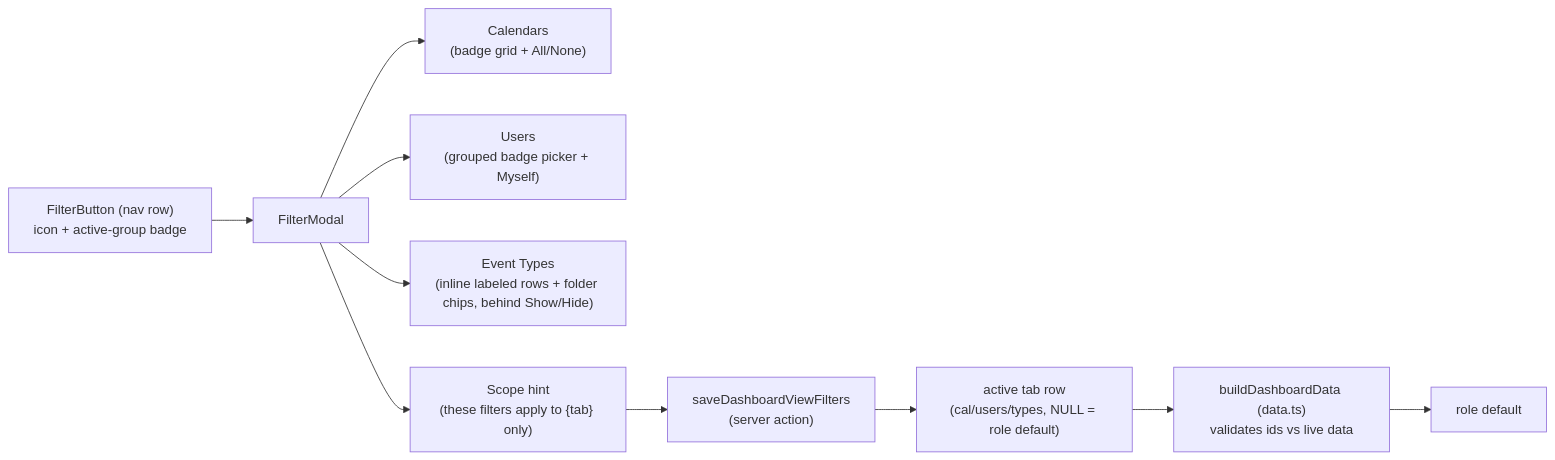
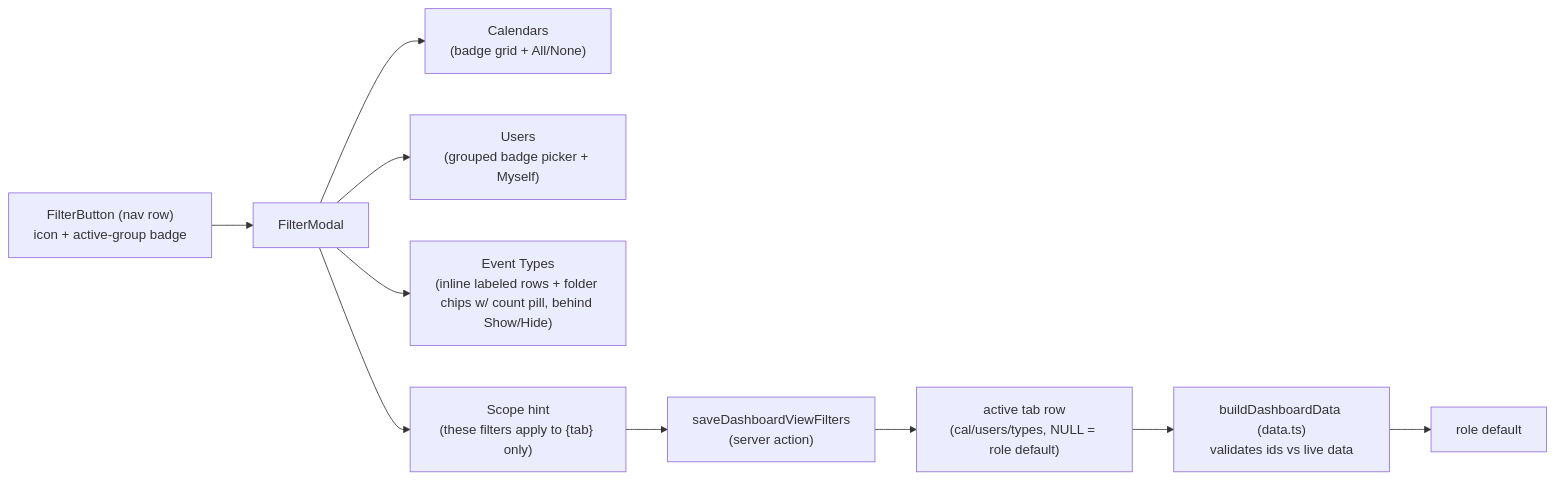
The second of 9 diagrams in docs/dashboard-views.md (oncloudnintynineone-source/cloudy2), drawn with Mermaid before and after one commit. The commit also changed other lines of this file and 29 other files, not shown here.

````diff
--- a/docs/dashboard-views.md
+++ b/docs/dashboard-views.md
@@ -582,12 +599,12 @@
 ```mermaid
 flowchart LR
  FB["FilterButton (nav row)<br/>icon + active-group badge"] --> FM["FilterModal"]
  FM --> CAL["Calendars<br/>(badge grid + All/None)"]
  FM --> US["Users<br/>(grouped badge picker + Myself)"]
- FM --> ET["Event Types<br/>(inline labeled rows + folder chips, behind Show/Hide)"]
+ FM --> ET["Event Types<br/>(inline labeled rows + folder chips w/ count pill, behind Show/Hide)"]
  FM --> HINT["Scope hint<br/>(these filters apply to {tab} only)"]
  HINT --> APPLY["saveDashboardViewFilters<br/>(server action)"]
  APPLY --> ROW["active tab row<br/>(cal/users/types, NULL = role default)"]
  ROW --> RESOLVE["buildDashboardData (data.ts)<br/>validates ids vs live data"]
  RESOLVE --> DEF["role default"]
 ```
````
